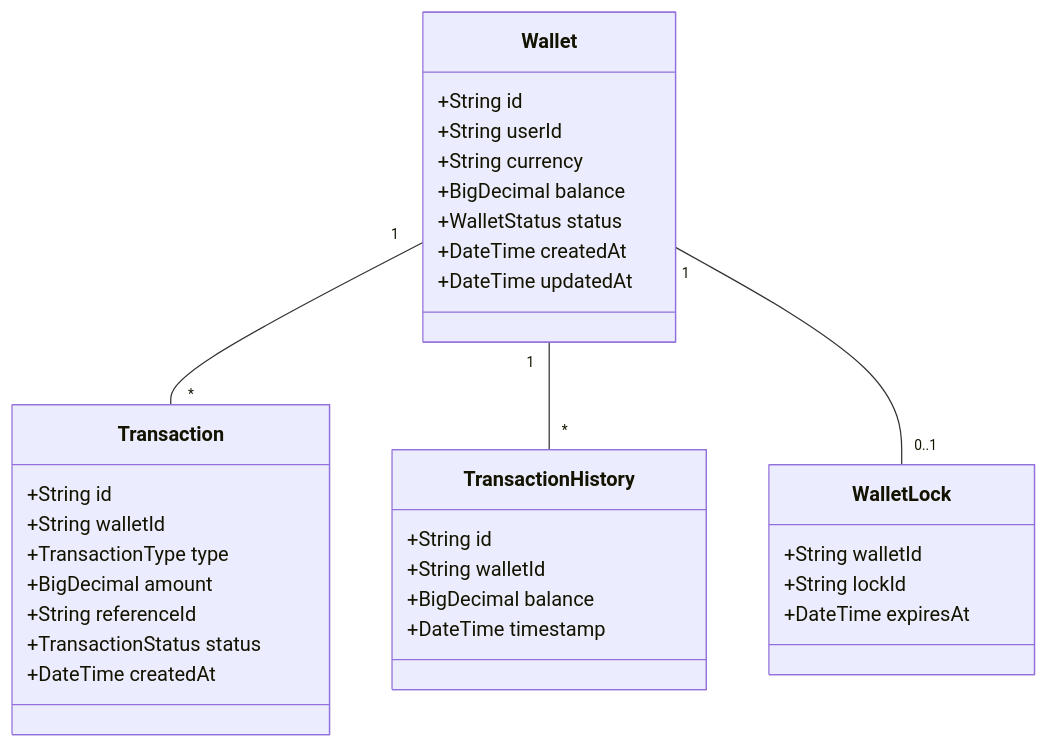
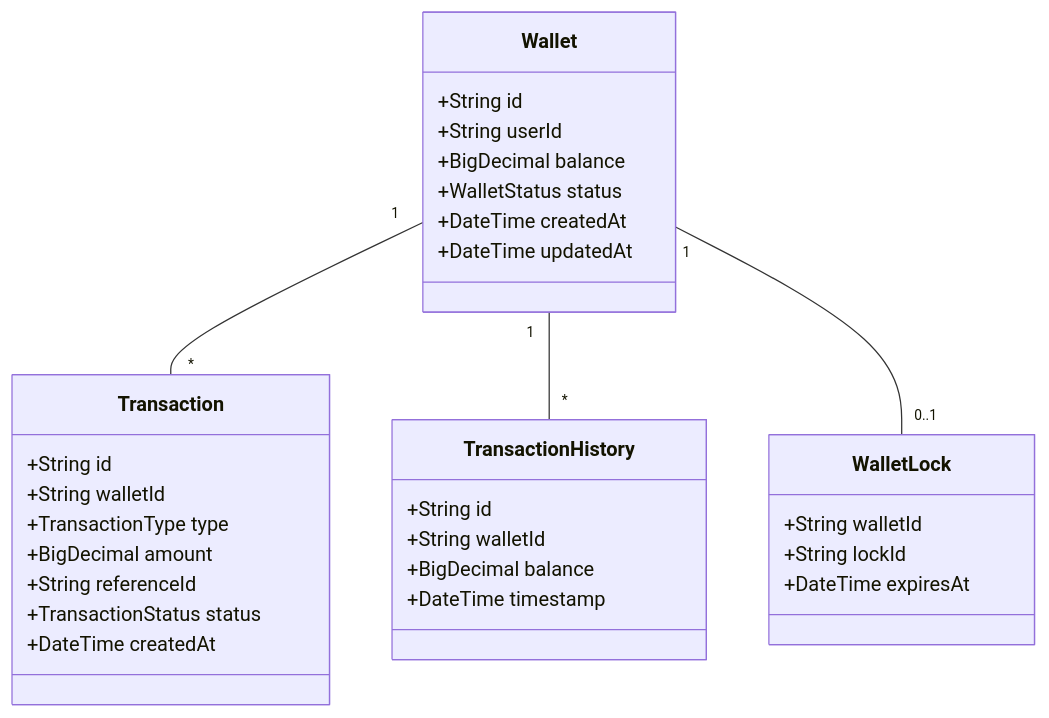
Before and after one commit to thiago2santos/wallet-service: the diagram in docs/data-model.md, drawn with Mermaid. The commit also changed other lines of this file and 31 other files, not shown here.

````diff
--- a/docs/data-model.md
+++ b/docs/data-model.md
@@ -9,39 +9,39 @@
 ```mermaid
 classDiagram
     class Wallet {
         +String id
         +String userId
-        +String currency
+
         +BigDecimal balance
         +WalletStatus status
         +DateTime createdAt
         +DateTime updatedAt
     }
 
     class Transaction {
         +String id
         +String walletId
         +TransactionType type
         +BigDecimal amount
         +String referenceId
         +TransactionStatus status
         +DateTime createdAt
     }
 
     class TransactionHistory {
         +String id
         +String walletId
         +BigDecimal balance
         +DateTime timestamp
     }
 
     class WalletLock {
         +String walletId
         +String lockId
         +DateTime expiresAt
     }
 
     Wallet "1" -- "*" Transaction
     Wallet "1" -- "*" TransactionHistory
     Wallet "1" -- "0..1" WalletLock
 ```
````
